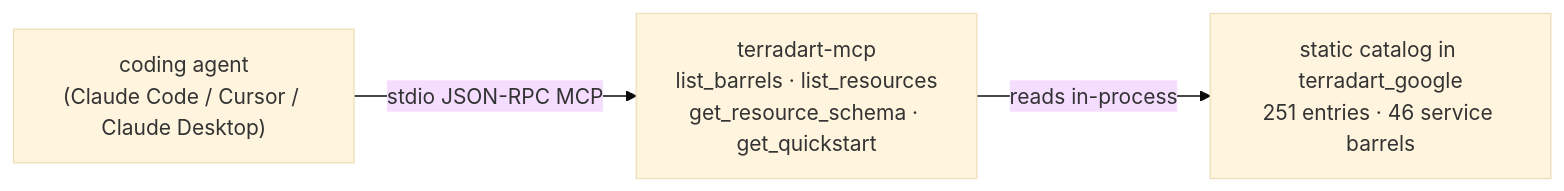
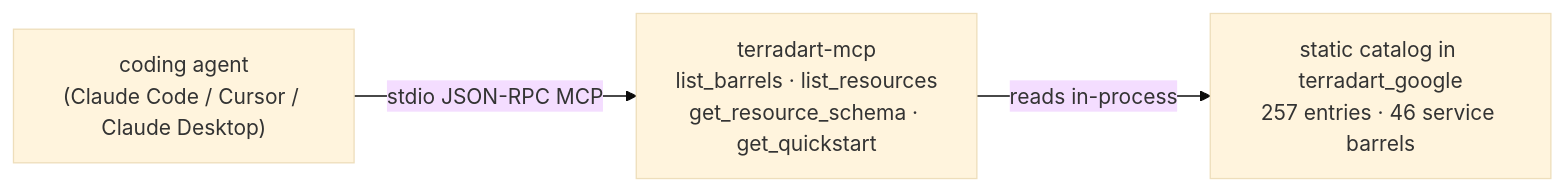
The diagram in website/src/content/docs/docs/agent/index.md (nozomi-koborinai/terradart), drawn with Mermaid (base theme) before and after one commit. The commit also changed other lines of this file and 30 other files, not shown here.

````diff
--- a/website/src/content/docs/docs/agent/index.md
+++ b/website/src/content/docs/docs/agent/index.md
@@ -12,8 +12,8 @@
 ```mermaid
 graph LR
   agent["coding agent<br/>(Claude Code / Cursor / Claude Desktop)"]
   mcp["terradart-mcp<br/>list_barrels · list_resources<br/>get_resource_schema · get_quickstart"]
-  catalog["static catalog in terradart_google<br/>251 entries · 46 service barrels"]
+  catalog["static catalog in terradart_google<br/>257 entries · 46 service barrels"]
   agent -->|stdio JSON-RPC MCP| mcp
   mcp -->|reads in-process| catalog
 ```
````
